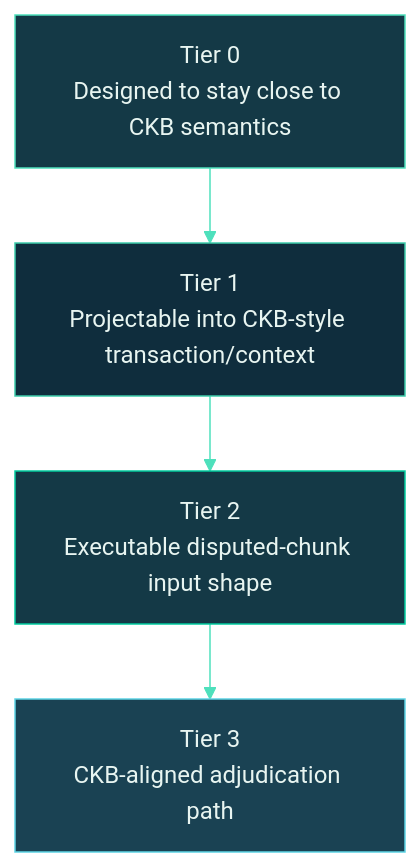
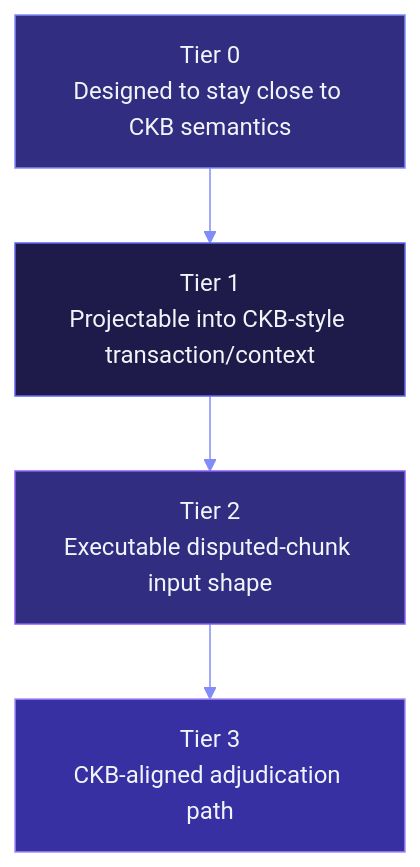
Before and after one commit to Myelin-Labs/Myelin: the diagram in docs/security/claim-ladder.md, drawn with Mermaid. The commit also changed 31 other files, not shown here.

````diff
--- a/docs/security/claim-ladder.md
+++ b/docs/security/claim-ladder.md
@@ -19,25 +19,25 @@
 ```mermaid
 %%{init: {
   "theme": "base",
   "themeVariables": {
-    "primaryColor": "#0F2D3D",
-    "primaryTextColor": "#E8F5F1",
-    "primaryBorderColor": "#3CCBAA",
-    "lineColor": "#4EE0BC",
-    "secondaryColor": "#143946",
-    "tertiaryColor": "#1A4253"
+    "primaryColor": "#1E1B4B",
+    "primaryTextColor": "#F1F5F9",
+    "primaryBorderColor": "#6366F1",
+    "lineColor": "#818CF8",
+    "secondaryColor": "#312E81",
+    "tertiaryColor": "#3730A3"
   }
 }}%%
 flowchart TB
     T0["Tier 0<br/>Designed to stay close to CKB semantics"]:::t0
     T1["Tier 1<br/>Projectable into CKB-style transaction/context"]:::t1
     T2["Tier 2<br/>Executable disputed-chunk input shape"]:::t2
     T3["Tier 3<br/>CKB-aligned adjudication path"]:::t3
 
     T0 --> T1 --> T2 --> T3
 
-    classDef t0 fill:#143946,stroke:#4EE0BC,color:#E8F5F1;
-    classDef t1 fill:#0F2D3D,stroke:#3CCBAA,color:#E8F5F1;
-    classDef t2 fill:#143946,stroke:#00CC9F,color:#E8F5F1;
-    classDef t3 fill:#1A4253,stroke:#5DD4E5,color:#E8F5F1;
+    classDef t0 fill:#312E81,stroke:#818CF8,color:#F1F5F9;
+    classDef t1 fill:#1E1B4B,stroke:#6366F1,color:#F1F5F9;
+    classDef t2 fill:#312E81,stroke:#8B5CF6,color:#F1F5F9;
+    classDef t3 fill:#3730A3,stroke:#A78BFA,color:#F1F5F9;
 ```
````
